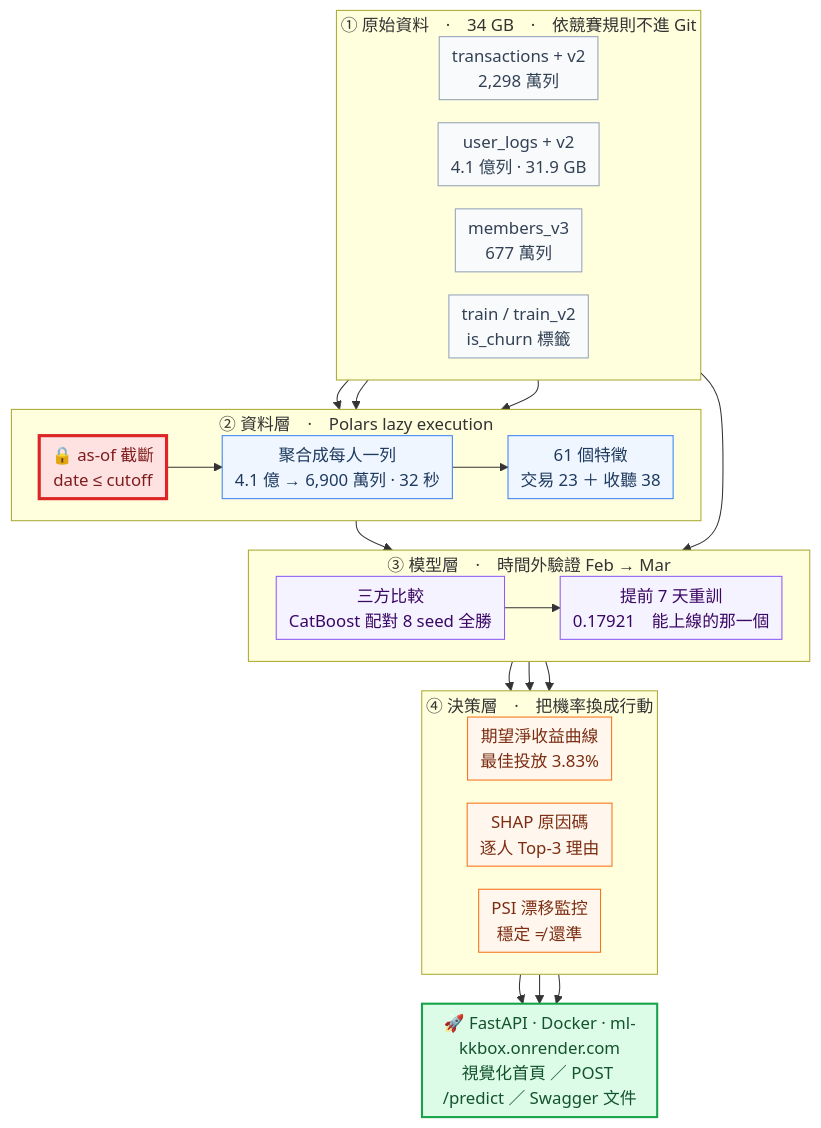
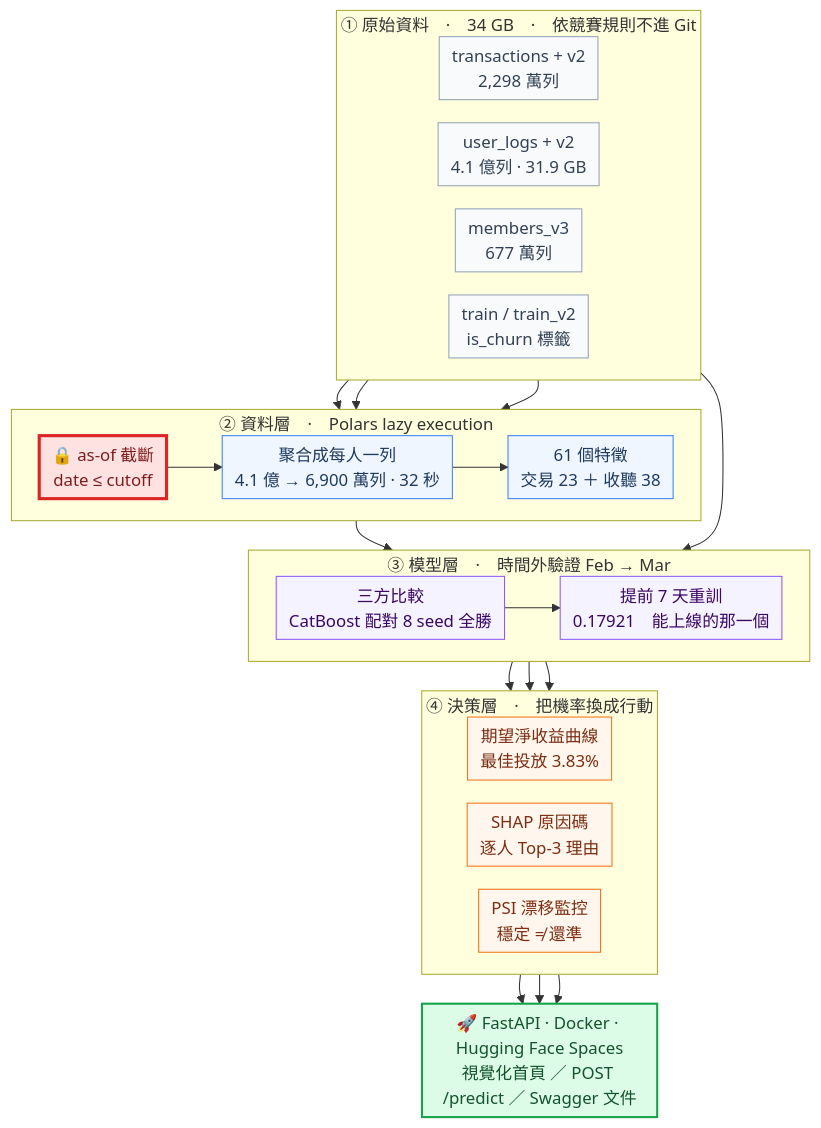
The diagram in README.md (metro01964/ML_kkbox), drawn with Mermaid before and after one commit. The commit also changed other lines of this file and 4 other files, not shown here.

Commit message:
docs: switch demo links to Hugging Face Spaces

````diff
--- a/README.md
+++ b/README.md
@@ -55,60 +55,60 @@
 ```mermaid
 %%{init:{'flowchart':{'rankSpacing':28,'nodeSpacing':22,'padding':6,'subGraphTitleMargin':{'top':2,'bottom':2}}}}%%
 flowchart TD
     subgraph SRC["① 原始資料　·　34 GB　·　依競賽規則不進 Git"]
         direction LR
         T["transactions + v2<br/>2,298 萬列"]
         L["user_logs + v2<br/>4.1 億列 · 31.9 GB"]
         M["members_v3<br/>677 萬列"]
         Y["train / train_v2<br/>is_churn 標籤"]
     end
 
     subgraph ETL["② 資料層　·　Polars lazy execution"]
         direction LR
         CUT["🔒 as-of 截斷<br/>date ≤ cutoff"]
         AGG["聚合成每人一列<br/>4.1 億 → 6,900 萬列 · 32 秒"]
         FEAT["61 個特徵<br/>交易 23 ＋ 收聽 38"]
     end
 
     subgraph MODEL["③ 模型層　·　時間外驗證 Feb → Mar"]
         direction LR
         CMP["三方比較<br/>CatBoost 配對 8 seed 全勝"]
         T7["提前 7 天重訓<br/>0.17921　能上線的那一個"]
     end
 
     subgraph OUT["④ 決策層　·　把機率換成行動"]
         direction LR
         ROI["期望淨收益曲線<br/>最佳投放 3.83%"]
         SHAP["SHAP 原因碼<br/>逐人 Top-3 理由"]
         DRIFT["PSI 漂移監控<br/>穩定 ≠ 還準"]
     end
 
-    API["🚀 FastAPI · Docker · ml-kkbox.onrender.com<br/>視覺化首頁 ／ POST /predict ／ Swagger 文件"]
+    API["🚀 FastAPI · Docker · Hugging Face Spaces<br/>視覺化首頁 ／ POST /predict ／ Swagger 文件"]
 
     T --> CUT
     L --> CUT
     M --> AGG
     CUT --> AGG --> FEAT
     Y --> CMP
     FEAT --> CMP --> T7
     T7 --> ROI
     T7 --> SHAP
     T7 --> DRIFT
     ROI --> API
     SHAP --> API
     DRIFT --> API
 
     classDef lvSrc fill:#f8fafc,stroke:#94a3b8,color:#334155
     classDef lvEtl fill:#eff6ff,stroke:#3b82f6,color:#1e3a5f
     classDef lvMdl fill:#f5f3ff,stroke:#8b5cf6,color:#3b0764
     classDef lvDec fill:#fff7ed,stroke:#f97316,color:#7c2d12
     classDef lvGate fill:#fee2e2,stroke:#dc2626,stroke-width:3px,color:#7f1d1d
     classDef lvLive fill:#dcfce7,stroke:#16a34a,stroke-width:2px,color:#14532d
 
     class T,L,M,Y lvSrc
     class AGG,FEAT lvEtl
     class CMP,T7 lvMdl
     class ROI,SHAP,DRIFT lvDec
     class CUT lvGate
     class API lvLive
 ```
````
